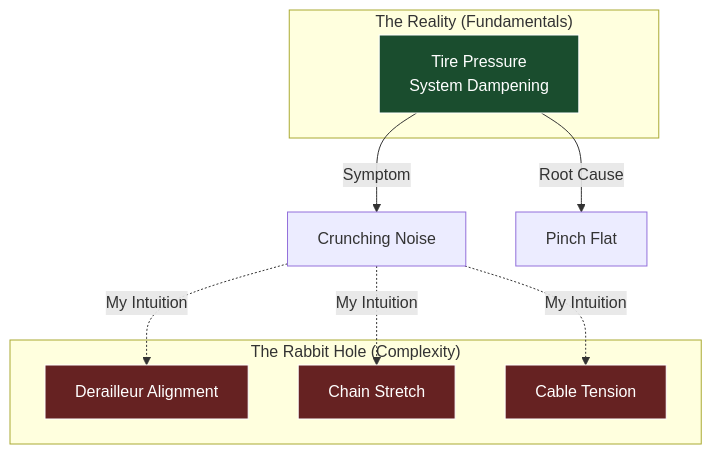
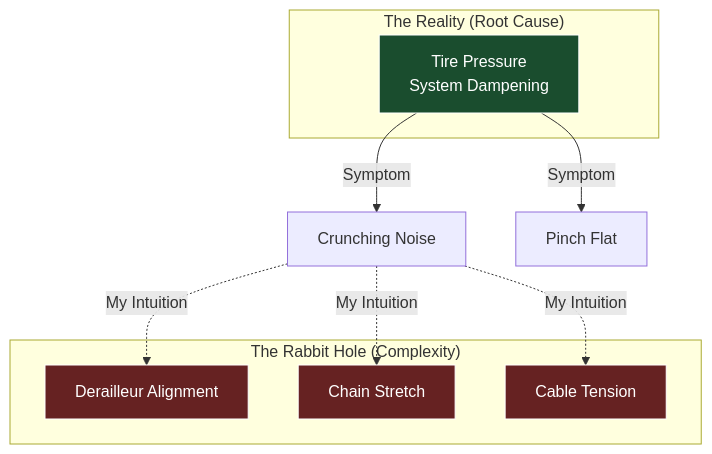
One commit to Shelbournator/thoughts changed the second of 2 diagrams in _posts/2026-02-11-failure-under-load.md. Above: the diagram before and after it, drawn with Mermaid.

````diff
--- a/_posts/2026-02-11-failure-under-load.md
+++ b/_posts/2026-02-11-failure-under-load.md
@@ -174,27 +174,27 @@
 ```mermaid
 graph TD
     A[Crunching Noise]
 
     subgraph "The Rabbit Hole (Complexity)"
       B[Derailleur Alignment]
       C[Chain Stretch]
       D[Cable Tension]
     end
 
-    subgraph "The Reality (Fundamentals)"
+    subgraph "The Reality (Root Cause)"
       E[Tire Pressure\nSystem Dampening]
     end
 
     A -.->|My Intuition| B
     A -.->|My Intuition| C
     A -.->|My Intuition| D
 
     E -->|Symptom| A
-    E -->|Root Cause| F[Pinch Flat]
+    E -->|Symptom| F[Pinch Flat]
 
     style E fill:#1a4d2e,stroke:#fff,color:#fff
     style B fill:#662222,stroke:#fff,color:#fff
     style C fill:#662222,stroke:#fff,color:#fff
     style D fill:#662222,stroke:#fff,color:#fff
 
 ```
````
